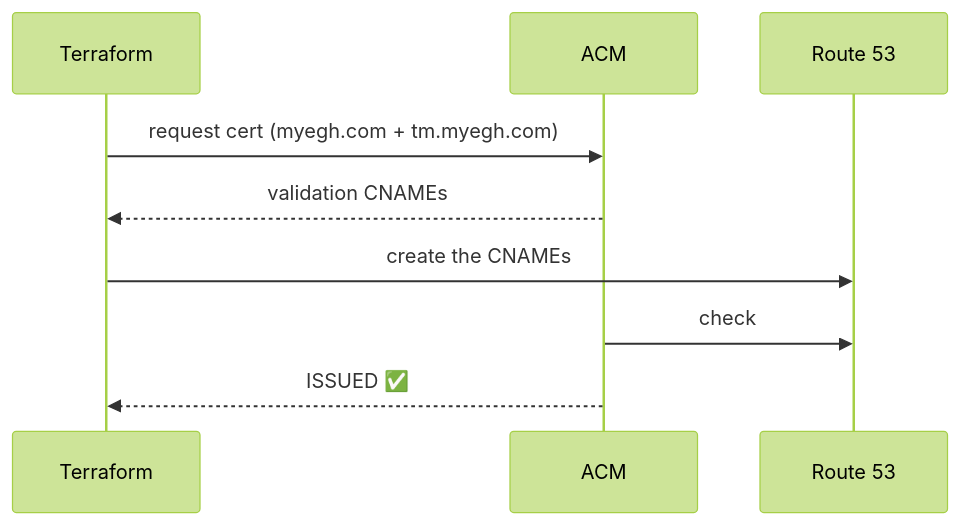
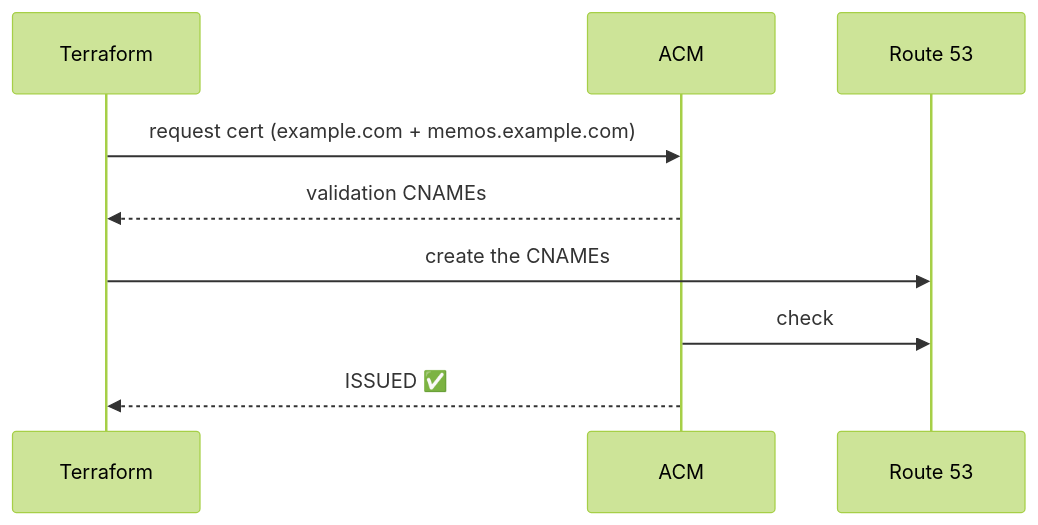
One commit to EnamulRahman/doomscrolling-app-devops changed the tenth of 16 diagrams in content/lab.md. Above: the diagram before and after it, drawn with Mermaid (forest theme). The commit also changed other lines of this file and 36 other files, not shown here.

First line of the commit message:
Make the course generic, with Memos as a worked example

````diff
--- a/content/lab.md
+++ b/content/lab.md
@@ -681,11 +683,11 @@
 ```mermaid
 sequenceDiagram
   participant TF as Terraform
   participant ACM
   participant R53 as Route 53
-  TF->>ACM: request cert (myegh.com + tm.myegh.com)
+  TF->>ACM: request cert (example.com + memos.example.com)
   ACM-->>TF: validation CNAMEs
   TF->>R53: create the CNAMEs
   ACM->>R53: check
   ACM-->>TF: ISSUED ✅
 ```
````
